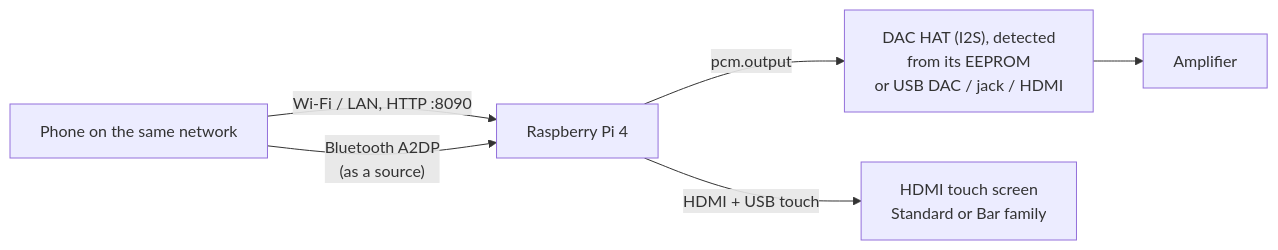
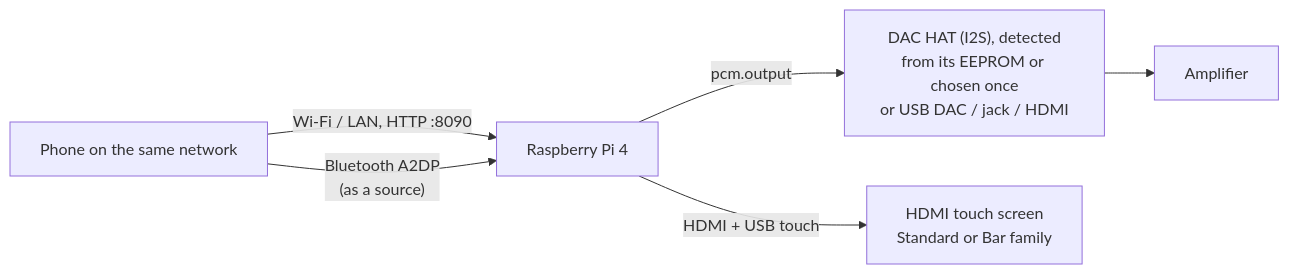
One commit to gcarstoiu/gexis-player changed the third of 3 diagrams in docs/tech/00-overview.md. Above: the diagram before and after it, drawn with Mermaid. The commit also changed other lines of this file and 5 other files, not shown here.

````diff
--- a/docs/tech/00-overview.md
+++ b/docs/tech/00-overview.md
@@ -151,12 +156,12 @@
 ```mermaid
 flowchart LR
     pi["Raspberry Pi 4"]
-    dac["DAC HAT (I2S), detected<br/>from its EEPROM<br/>or USB DAC / jack / HDMI"]
+    dac["DAC HAT (I2S), detected<br/>from its EEPROM or chosen once<br/>or USB DAC / jack / HDMI"]
     amp["Amplifier"]
     scr["HDMI touch screen<br/>Standard or Bar family"]
     ph["Phone on the same network"]
     pi -- "pcm.output" --> dac --> amp
     pi -- "HDMI + USB touch" --> scr
     ph -- "Wi-Fi / LAN, HTTP :8090" --> pi
     ph -- "Bluetooth A2DP<br/>(as a source)" --> pi
 ```
````
